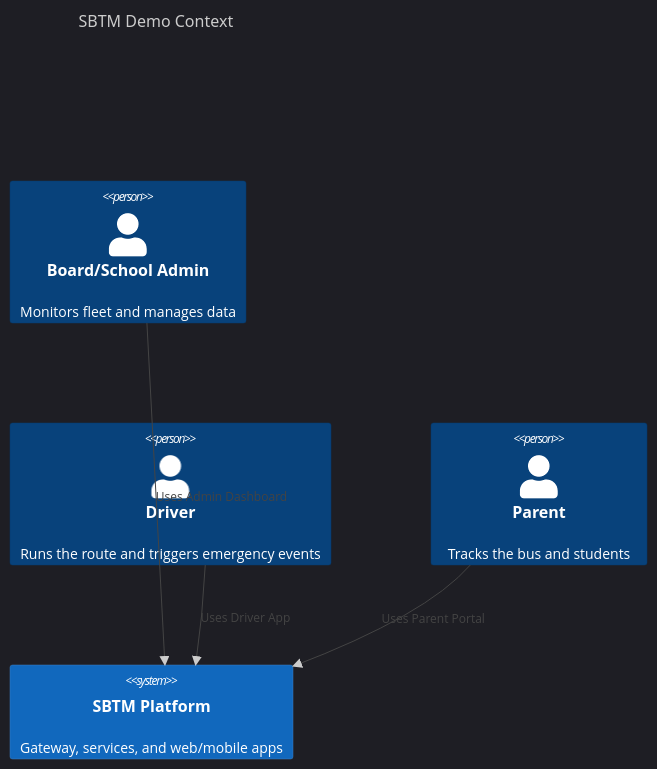
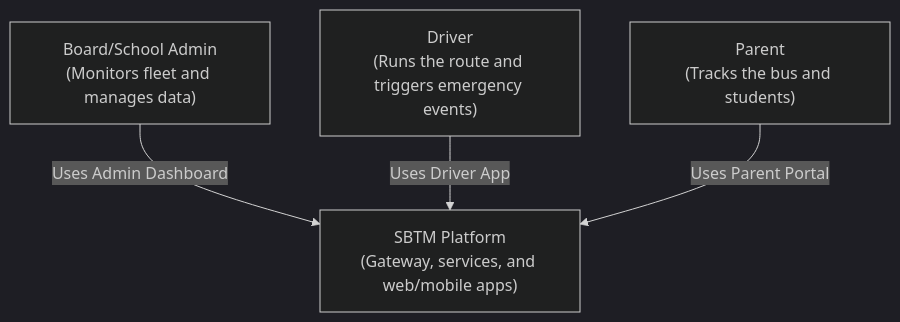
The third of 4 diagrams in docs/Demo/DEMO_SETUP_GUIDE.md (arvinddhasmana/SBTM), drawn with Mermaid (dark theme) before and after one commit. The commit also changed other lines of this file and 2 other files, not shown here.

First line of the commit message:
fix: convert C4 diagrams to plain Mermaid and fix CI pnpm version conflict

````diff
--- a/docs/Demo/DEMO_SETUP_GUIDE.md
+++ b/docs/Demo/DEMO_SETUP_GUIDE.md
@@ -66,11 +66,11 @@
 ```mermaid
-C4Context
-  title SBTM Demo Context
-  Person(admin, "Board/School Admin", "Monitors fleet and manages data")
-  Person(driver, "Driver", "Runs the route and triggers emergency events")
-  Person(parent, "Parent", "Tracks the bus and students")
-  System(sbms, "SBTM Platform", "Gateway, services, and web/mobile apps")
-  Rel(admin, sbms, "Uses Admin Dashboard")
-  Rel(driver, sbms, "Uses Driver App")
-  Rel(parent, sbms, "Uses Parent Portal")
+graph TB
+    Admin["Board/School Admin<br/>(Monitors fleet and manages data)"]
+    Driver["Driver<br/>(Runs the route and triggers emergency events)"]
+    Parent["Parent<br/>(Tracks the bus and students)"]
+    SBTM["SBTM Platform<br/>(Gateway, services, and web/mobile apps)"]
+
+    Admin -- "Uses Admin Dashboard" --> SBTM
+    Driver -- "Uses Driver App" --> SBTM
+    Parent -- "Uses Parent Portal" --> SBTM
 ```
````
